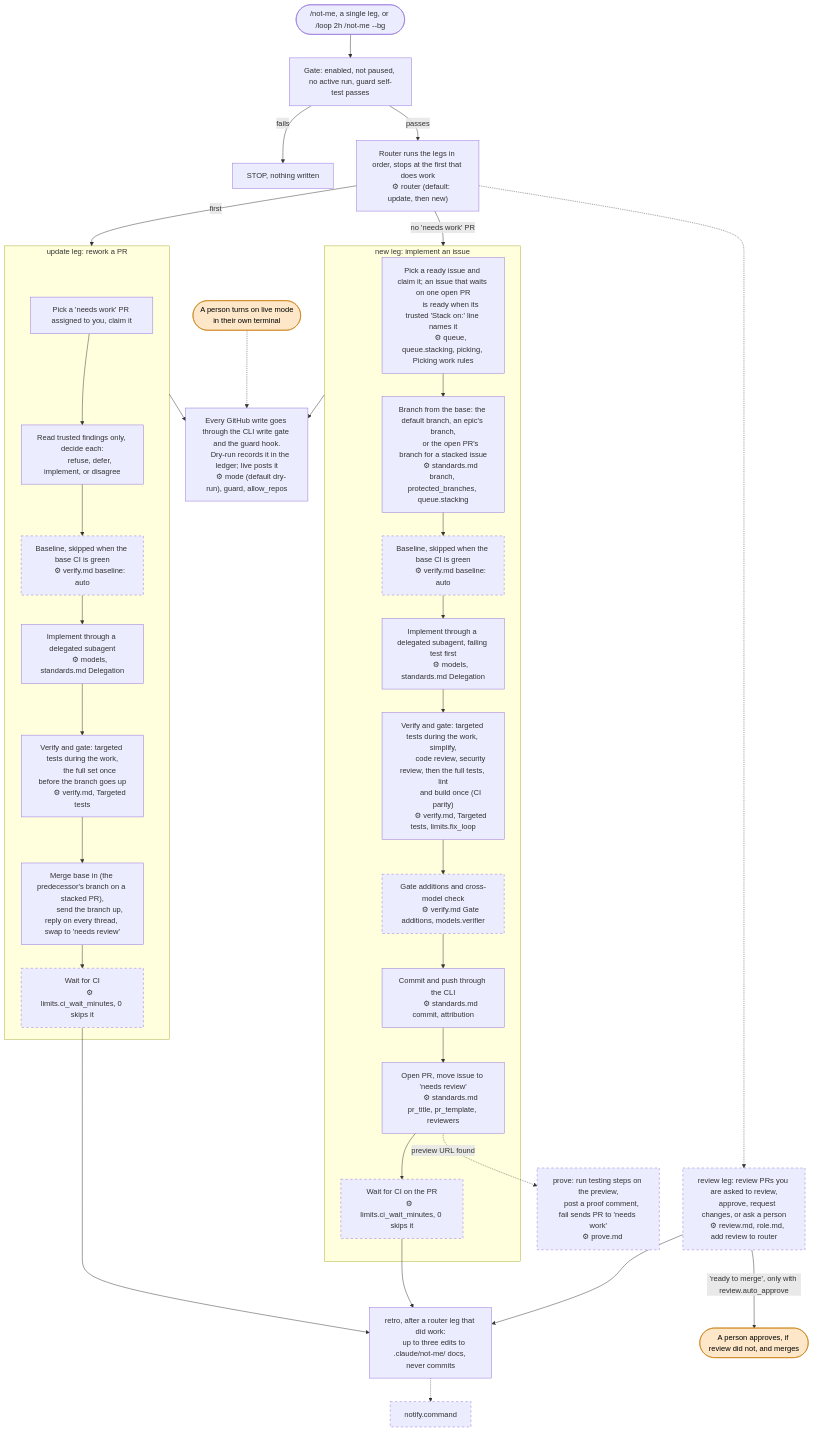
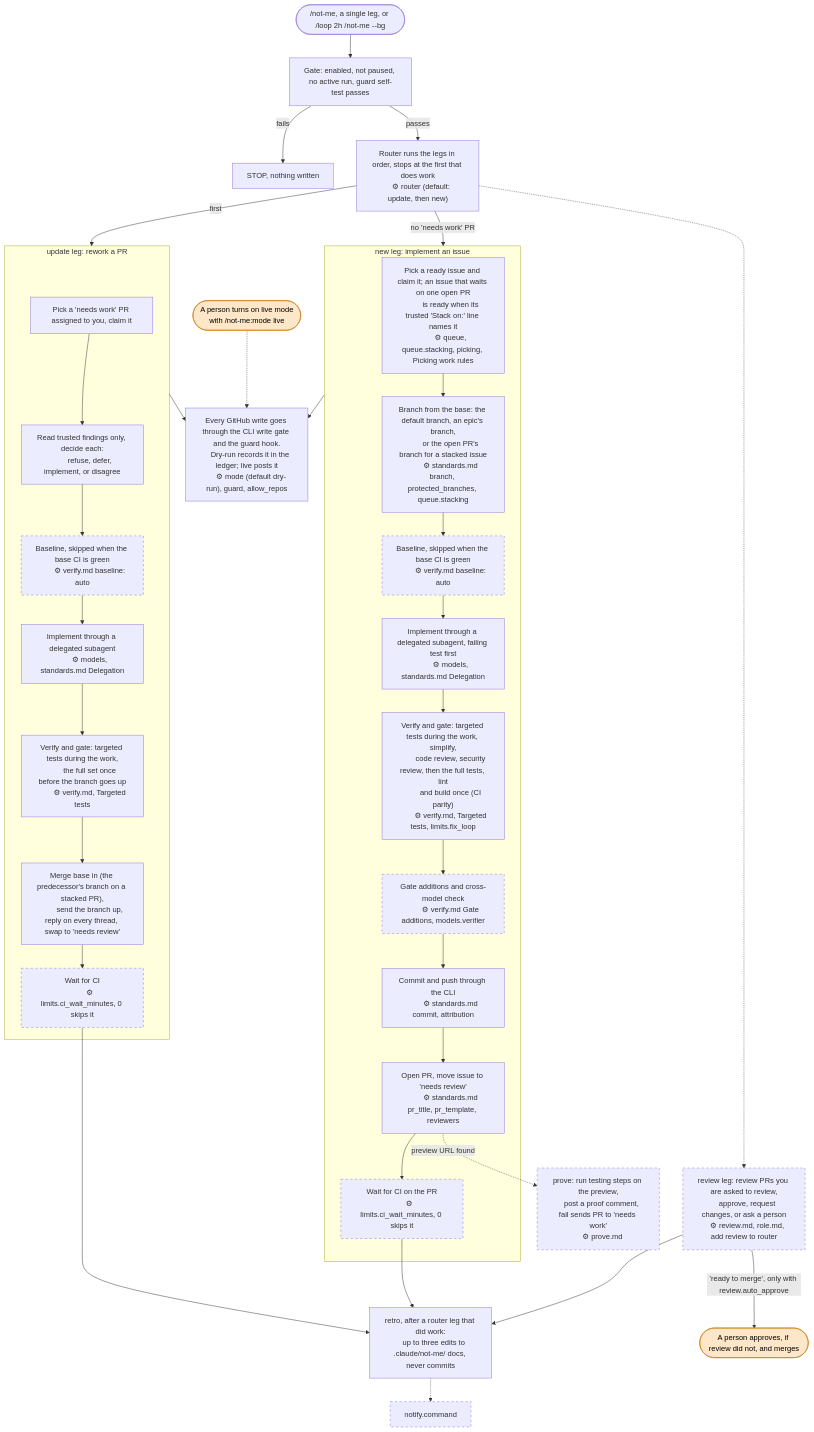
One commit to dblanken-yale/not-me changed the diagram in README.md. Above: the diagram before and after it, drawn with Mermaid. The commit also changed other lines of this file and 41 other files, not shown here.

```diff
--- a/README.md
+++ b/README.md
@@ -111,7 +111,7 @@
     Dry-run records it in the ledger; live posts it
     ⚙ mode (default dry-run), guard, allow_repos"]
     live(["A person turns on live mode
-    in their own terminal"])
+    with /not-me:mode live"])
     merge(["A person approves, if review did not, and merges"])
 
     router -.-> review
```
